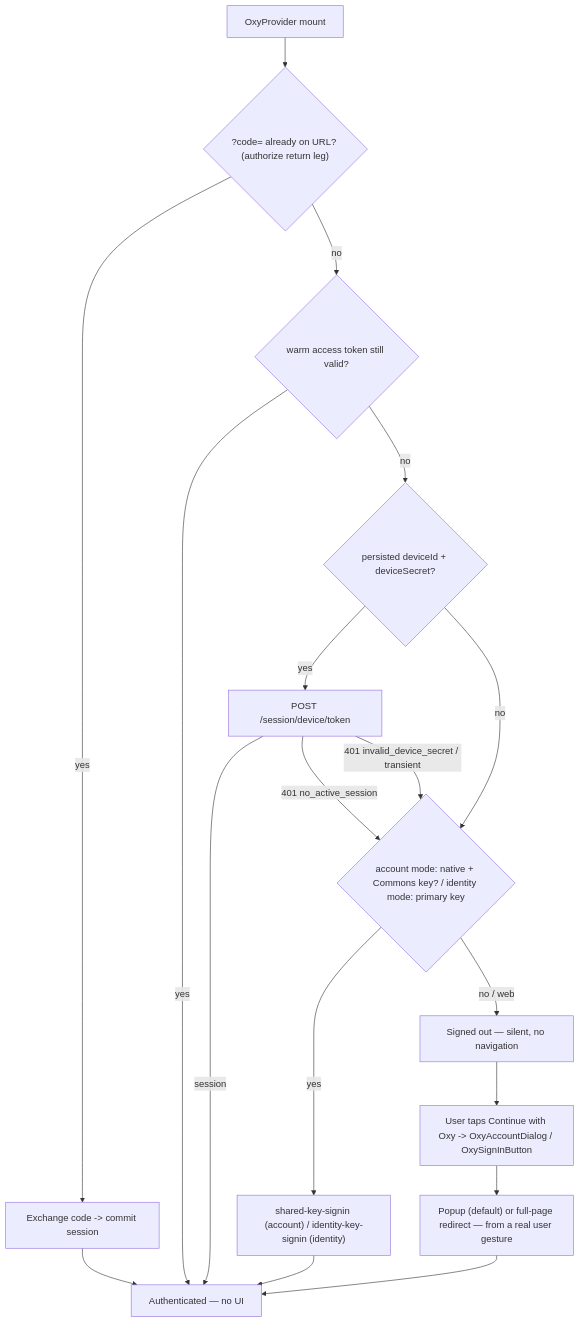
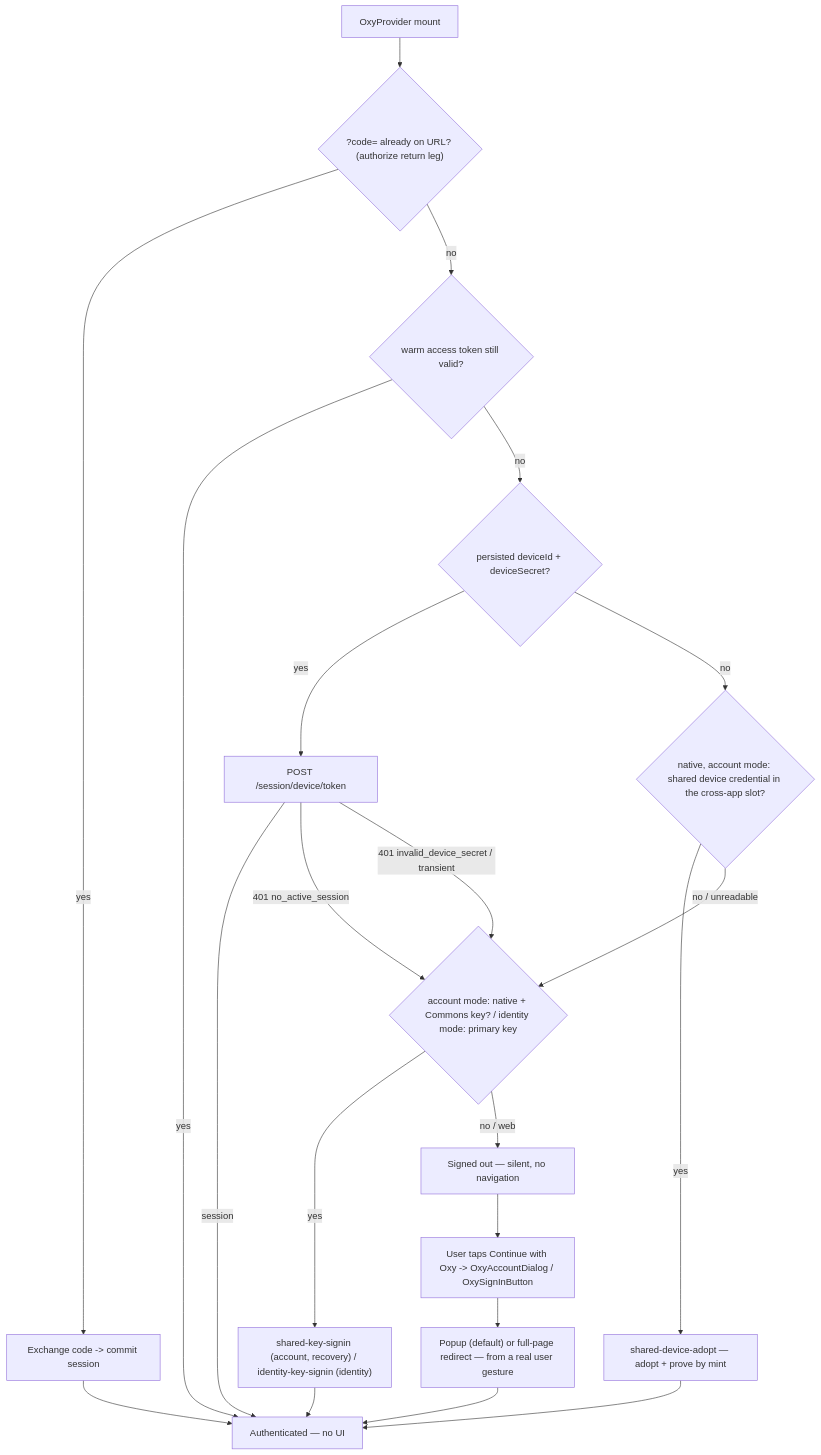
The first of 2 diagrams in docs/SESSION-ARCHITECTURE.md (OxyHQ/oxy), drawn with Mermaid before and after one commit. The commit also changed other lines of this file and 7 other files, not shown here.

````diff
--- a/docs/SESSION-ARCHITECTURE.md
+++ b/docs/SESSION-ARCHITECTURE.md
@@ -195,19 +211,22 @@
 ```mermaid
 flowchart TD
   Mount["OxyProvider mount"] --> Return{"?code= already on URL? (authorize return leg)"}
   Return -->|yes| Exchange["Exchange code -> commit session"] --> In["Authenticated — no UI"]
   Return -->|no| Warm{"warm access token still valid?"}
   Warm -->|yes| In
   Warm -->|no| Secret{"persisted deviceId + deviceSecret?"}
   Secret -->|yes| Mint["POST /session/device/token"]
   Mint -->|session| In
   Mint -->|"401 no_active_session"| Native
   Mint -->|"401 invalid_device_secret / transient"| Native
-  Secret -->|no| Native{"account mode: native + Commons key? / identity mode: primary key"}
-  Native -->|yes| Shared["shared-key-signin (account) / identity-key-signin (identity)"]
+  Secret -->|no| Slot{"native, account mode: shared device credential in the cross-app slot?"}
+  Slot -->|yes| Adopt["shared-device-adopt — adopt + prove by mint"]
+  Adopt --> In
+  Slot -->|"no / unreadable"| Native{"account mode: native + Commons key? / identity mode: primary key"}
+  Native -->|yes| Shared["shared-key-signin (account, recovery) / identity-key-signin (identity)"]
   Shared --> In
   Native -->|"no / web"| Out["Signed out — silent, no navigation"]
   Out --> Btn["User taps Continue with Oxy -> OxyAccountDialog / OxySignInButton"]
   Btn --> Gesture["Popup (default) or full-page redirect — from a real user gesture"]
   Gesture --> In
 ```
````
